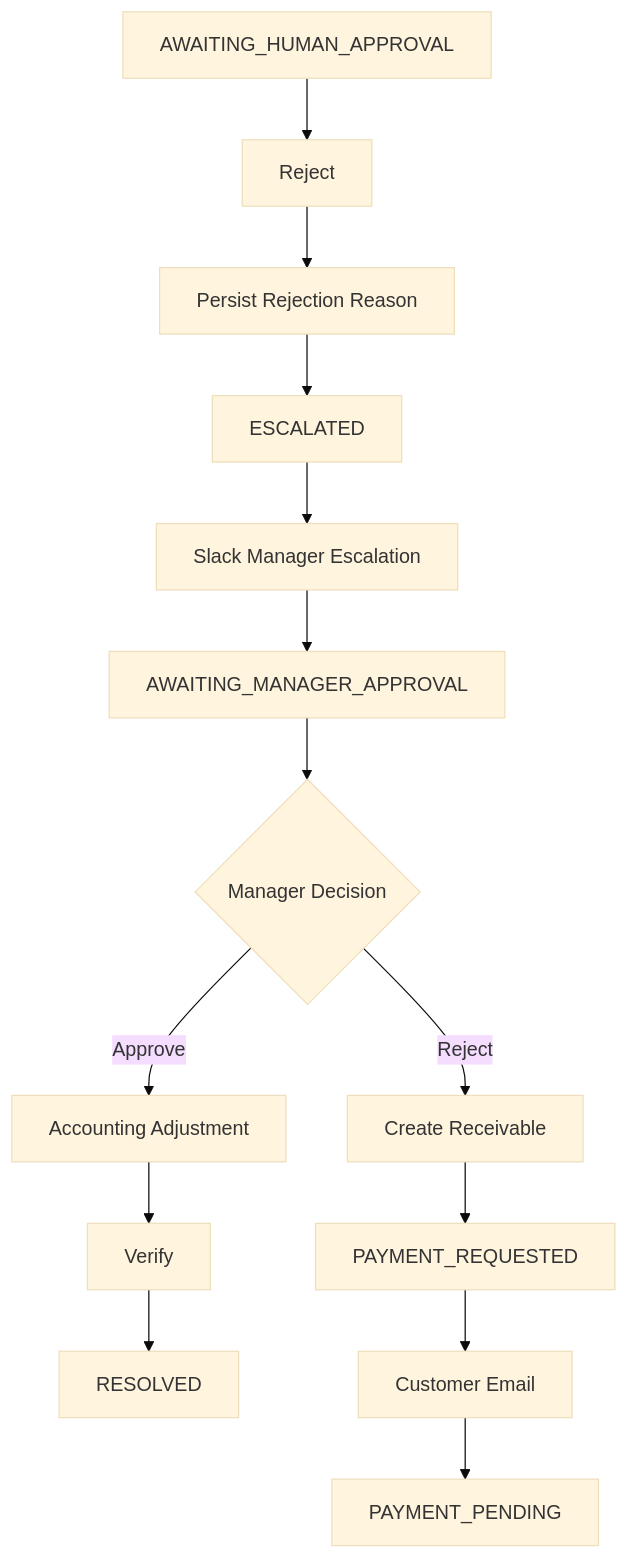
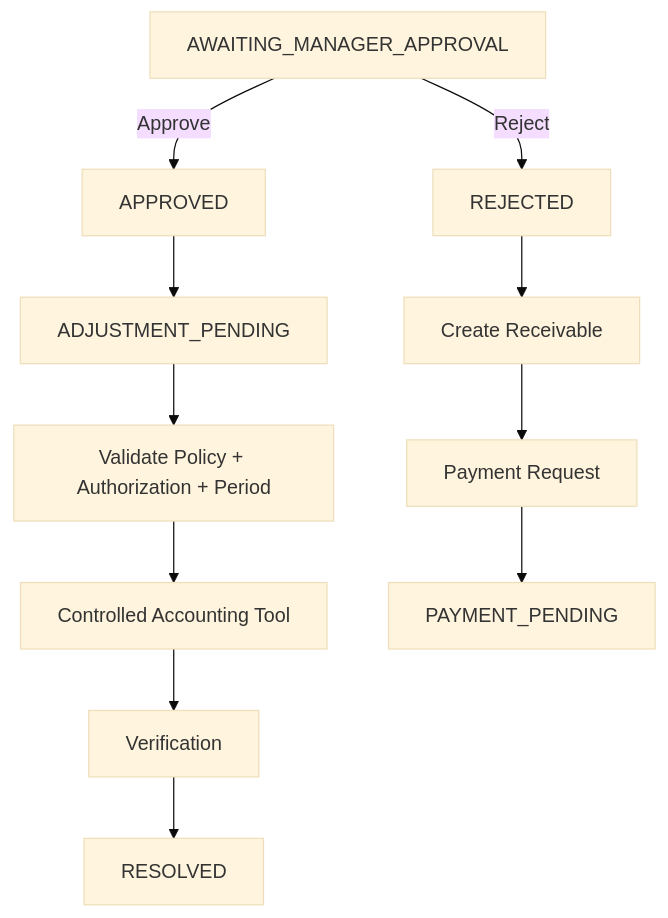
Before and after one commit to ChibuezeWilly/AI-Powered-Financial-Close-System: diagram 11 of 23 in README.md, drawn with Mermaid (base theme). The commit also changed other lines of this file and 28 other files, not shown here.

````diff
--- a/README.md
+++ b/README.md
@@ -1340,33 +1421,25 @@
 ```mermaid
-
 flowchart TD
 
-    A[AWAITING_HUMAN_APPROVAL]
+    MANAGER[AWAITING_MANAGER_APPROVAL]
 
-    A --> B[Reject]
+    MANAGER -->|Approve| APPROVED[APPROVED]
 
-    B --> C[Persist Rejection Reason]
+    APPROVED --> PENDING[ADJUSTMENT_PENDING]
 
-    C --> D[ESCALATED]
+    PENDING --> VALIDATE[Validate Policy + Authorization + Period]
 
-    D --> E[Slack Manager Escalation]
+    VALIDATE --> LEDGER[Controlled Accounting Tool]
 
-    E --> F[AWAITING_MANAGER_APPROVAL]
+    LEDGER --> VERIFY[Verification]
 
-    F --> G{Manager Decision}
+    VERIFY --> RESOLVED[RESOLVED]
 
-    G -->|Approve| H[Accounting Adjustment]
+    MANAGER -->|Reject| REJECTED[REJECTED]
 
-    H --> I[Verify]
+    REJECTED --> RECEIVABLE[Create Receivable]
 
-    I --> J[RESOLVED]
+    RECEIVABLE --> REQUEST[Payment Request]
 
-    G -->|Reject| K[Create Receivable]
-
-    K --> L[PAYMENT_REQUESTED]
-
-    L --> M[Customer Email]
-
-    M --> N[PAYMENT_PENDING]
-
+    REQUEST --> PAYMENT_PENDING[PAYMENT_PENDING]
 ```
````
